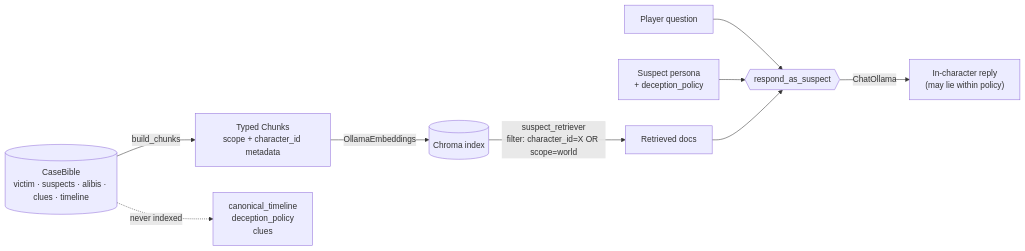
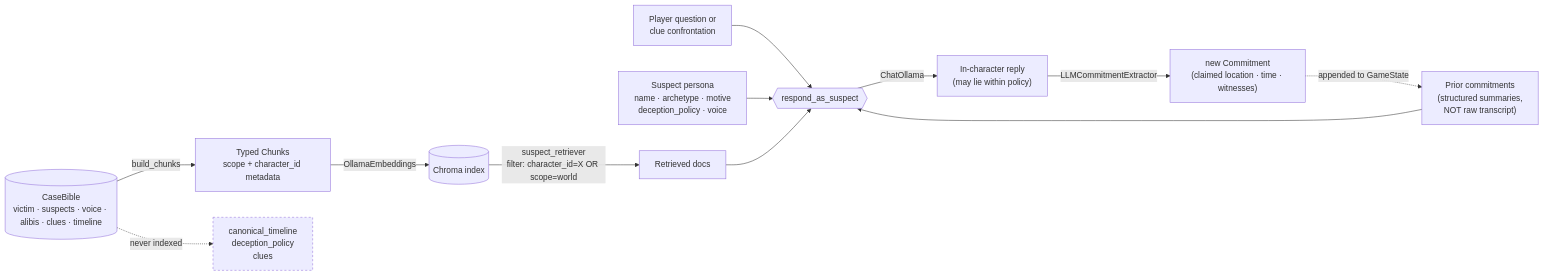
One commit to TheReconPilot/agentic-detective-mystery changed the diagram in README.md. Above: the diagram before and after it, drawn with Mermaid. The commit also changed other lines of this file and 2 other files, not shown here.

Commit message:
docs(M7): readme polish, badges, refreshed architecture diagram, M9/M10 sample session

````diff
--- a/README.md
+++ b/README.md
@@ -25,13 +32,20 @@
 ```mermaid
 flowchart LR
-    Bible[(CaseBible<br/>victim · suspects · alibis · clues · timeline)]
+    Bible[(CaseBible<br/>victim · suspects · voice · alibis · clues · timeline)]
     Bible -->|build_chunks| Chunks["Typed Chunks<br/>scope + character_id metadata"]
     Chunks -->|OllamaEmbeddings| Chroma[(Chroma index)]
-    Q[Player question] --> Agent
-    Persona["Suspect persona<br/>+ deception_policy"] --> Agent
+
+    Q[Player question or<br/>clue confrontation] --> Agent
+    Persona["Suspect persona<br/>name · archetype · motive<br/>deception_policy · voice"] --> Agent
+    Commitments["Prior commitments<br/>(structured summaries,<br/>NOT raw transcript)"] --> Agent
     Chroma -->|"suspect_retriever<br/>filter: character_id=X OR scope=world"| Retrieved[Retrieved docs]
     Retrieved --> Agent{{respond_as_suspect}}
     Agent -->|ChatOllama| Reply["In-character reply<br/>(may lie within policy)"]
+    Reply -->|LLMCommitmentExtractor| NewCommitment["new Commitment<br/>(claimed location · time · witnesses)"]
+    NewCommitment -.appended to GameState.-> Commitments
 
     Bible -.never indexed.-> Excluded["canonical_timeline<br/>deception_policy<br/>clues"]
+
+    classDef exclusion stroke-dasharray: 4 4
+    class Excluded exclusion
 ```
````
